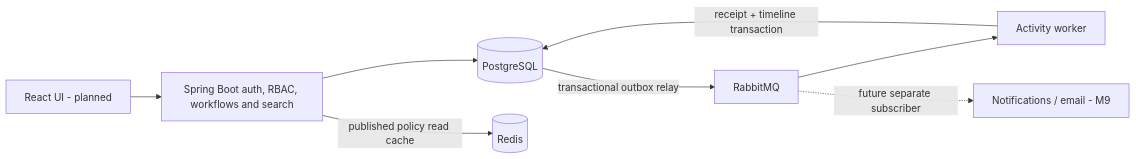
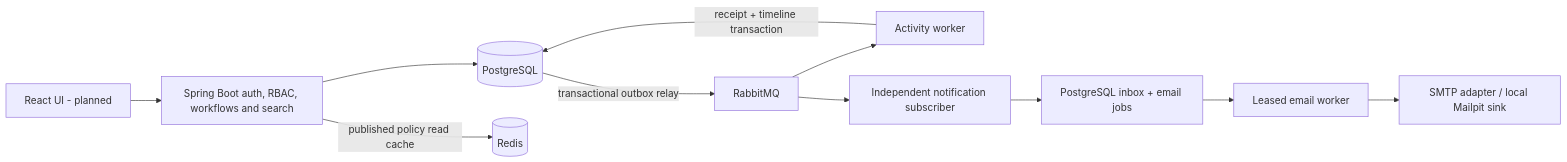
The diagram in README.md (sagarbagwe/gateflow), drawn with Mermaid before and after one commit. The commit also changed other lines of this file and 43 other files, not shown here.

Commit message:
feat: add notification inbox preferences and durable SMTP delivery

````diff
--- a/README.md
+++ b/README.md
@@ -48,10 +50,13 @@
 ```mermaid
 flowchart LR
     Browser[React UI - planned] --> API[Spring Boot auth, RBAC, workflows and search]
     API --> DB[(PostgreSQL)]
     API -- published policy read cache --> Redis[(Redis)]
     DB -- transactional outbox relay --> Queue[RabbitMQ]
     Queue --> Worker[Activity worker]
     Worker -- receipt + timeline transaction --> DB
-    Queue -. future separate subscriber .-> Mail[Notifications / email - M9]
+    Queue --> Notify[Independent notification subscriber]
+    Notify --> Jobs[PostgreSQL inbox + email jobs]
+    Jobs --> Email[Leased email worker]
+    Email --> Mail[SMTP adapter / local Mailpit sink]
 ```
````
